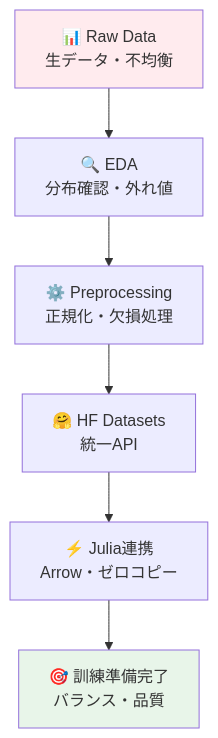
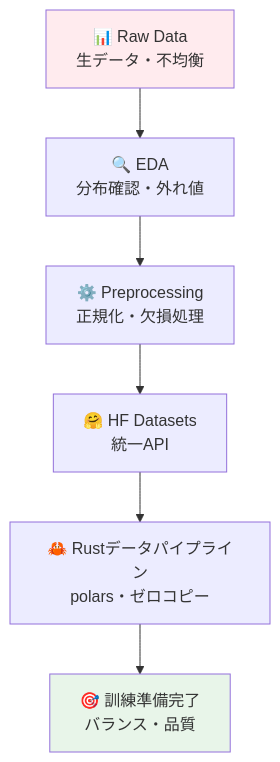
Before and after one commit to fumishiki/zenn: the first of 5 diagrams in articles/ml-lecture-21-part1.md, drawn with Mermaid. The commit also changed other lines of this file and 97 other files, not shown here.

````diff
--- a/articles/ml-lecture-21-part1.md
+++ b/articles/ml-lecture-21-part1.md
@@ -26,10 +26,10 @@
 ```mermaid
 graph TD
     A["📊 Raw Data<br/>生データ・不均衡"] --> B["🔍 EDA<br/>分布確認・外れ値"]
     B --> C["⚙️ Preprocessing<br/>正規化・欠損処理"]
     C --> D["🤗 HF Datasets<br/>統一API"]
-    D --> E["⚡ Julia連携<br/>Arrow・ゼロコピー"]
+    D --> E["🦀 Rustデータパイプライン<br/>polars・ゼロコピー"]
     E --> F["🎯 訓練準備完了<br/>バランス・品質"]
     style A fill:#ffebee
     style F fill:#e8f5e9
 ```
````
